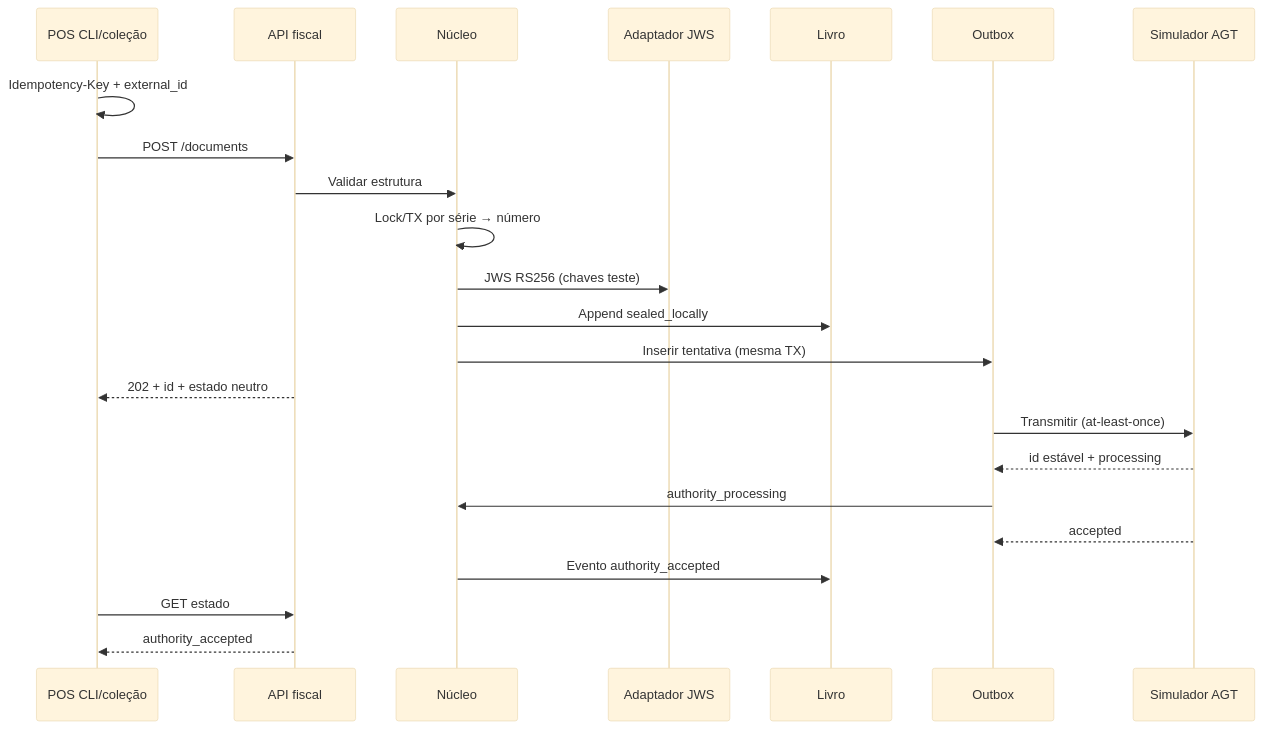
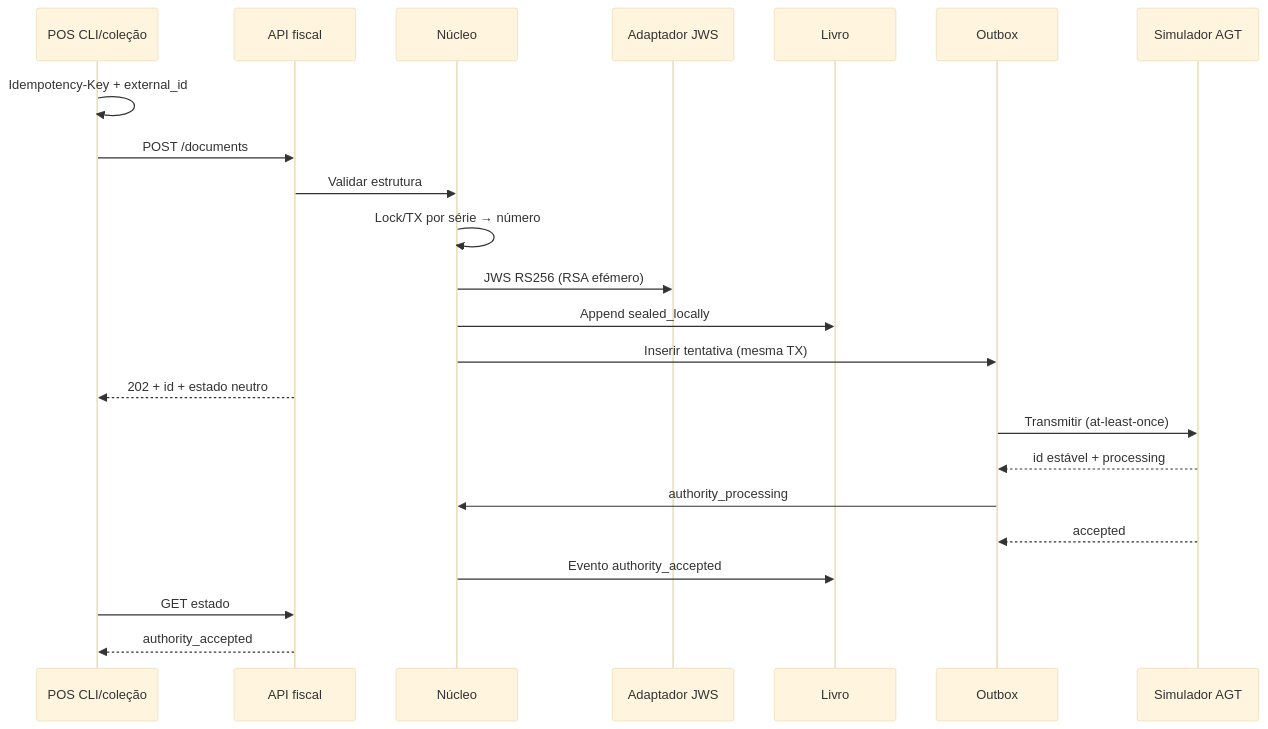
One commit to storesace-cv/bwb-modulo-fiscal changed the diagram in docs/06-delivery/first-vertical-slice.md. Above: the diagram before and after it, drawn with Mermaid (base theme). The commit also changed other lines of this file and 3 other files, not shown here.

````diff
--- a/docs/06-delivery/first-vertical-slice.md
+++ b/docs/06-delivery/first-vertical-slice.md
@@ -92,26 +103,26 @@
 ```mermaid
 sequenceDiagram
   participant POS as POS CLI/coleção
   participant API as API fiscal
   participant Core as Núcleo
   participant Crypto as Adaptador JWS
   participant Ledger as Livro
   participant Outbox as Outbox
   participant Sim as Simulador AGT
 
   POS->>POS: Idempotency-Key + external_id
   POS->>API: POST /documents
   API->>Core: Validar estrutura
   Core->>Core: Lock/TX por série → número
-  Core->>Crypto: JWS RS256 (chaves teste)
+  Core->>Crypto: JWS RS256 (RSA efémero)
   Core->>Ledger: Append sealed_locally
   Core->>Outbox: Inserir tentativa (mesma TX)
   API-->>POS: 202 + id + estado neutro
   Outbox->>Sim: Transmitir (at-least-once)
   Sim-->>Outbox: id estável + processing
   Outbox->>Core: authority_processing
   Sim-->>Outbox: accepted
   Core->>Ledger: Evento authority_accepted
   POS->>API: GET estado
   API-->>POS: authority_accepted
 ```
````
